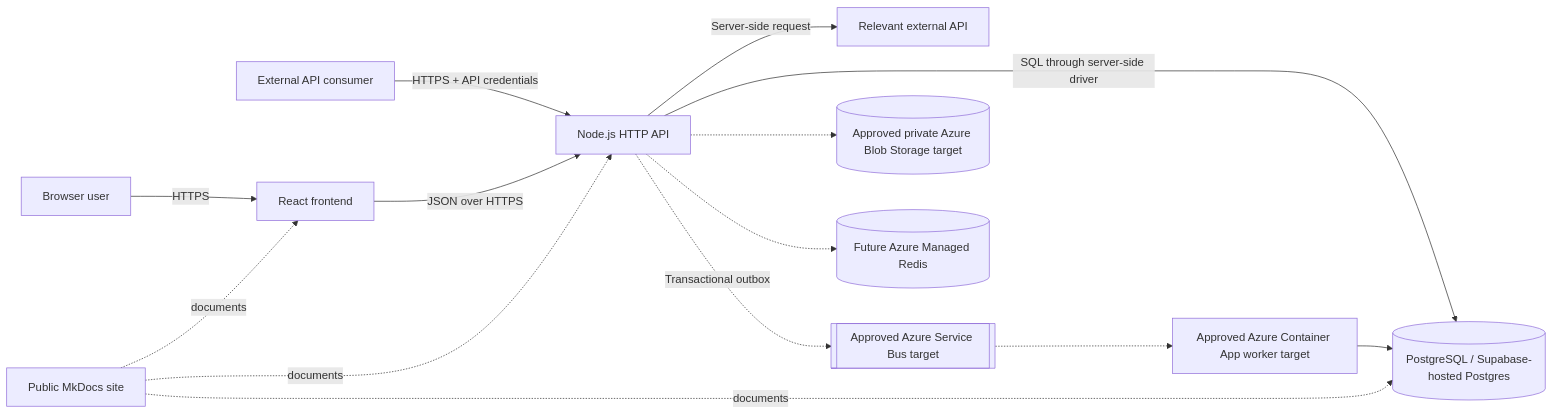
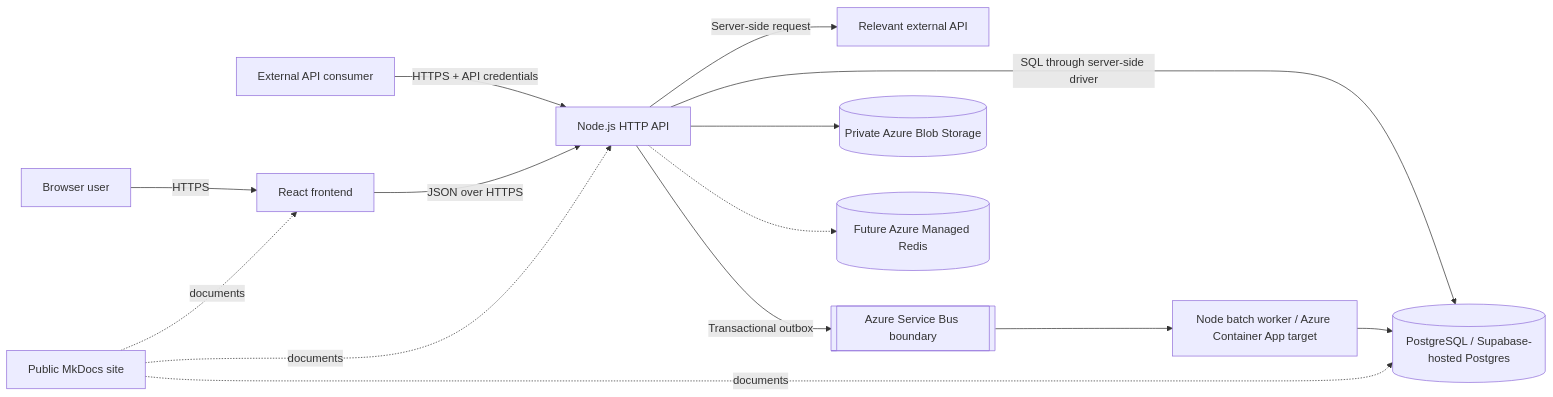
The diagram in docs/architecture/overview.md (NadavSundy/Sport-Analytics-Tool), drawn with Mermaid before and after one commit. The commit also changed other lines of this file and 19 other files, not shown here.

````diff
--- a/docs/architecture/overview.md
+++ b/docs/architecture/overview.md
@@ -9,16 +9,16 @@
 ```mermaid
 flowchart LR
     User[Browser user] -->|HTTPS| Frontend[React frontend]
     Consumer[External API consumer] -->|HTTPS + API credentials| API[Node.js HTTP API]
     Frontend -->|JSON over HTTPS| API
     API -->|SQL through server-side driver| DB[(PostgreSQL / Supabase-hosted Postgres)]
     API -->|Server-side request| External[Relevant external API]
-    API -.->|Transactional outbox| Queue[[Approved Azure Service Bus target]]
-    Queue -.-> Worker[Approved Azure Container App worker target]
+    API -->|Transactional outbox| Queue[[Azure Service Bus boundary]]
+    Queue --> Worker[Node batch worker / Azure Container App target]
     Worker --> DB
-    API -.-> Files[(Approved private Azure Blob Storage target)]
+    API --> Files[(Private Azure Blob Storage)]
     API -.-> Cache[(Future Azure Managed Redis)]
     Docs[Public MkDocs site] -. documents .-> Frontend
     Docs -. documents .-> API
     Docs -. documents .-> DB
 ```
````
